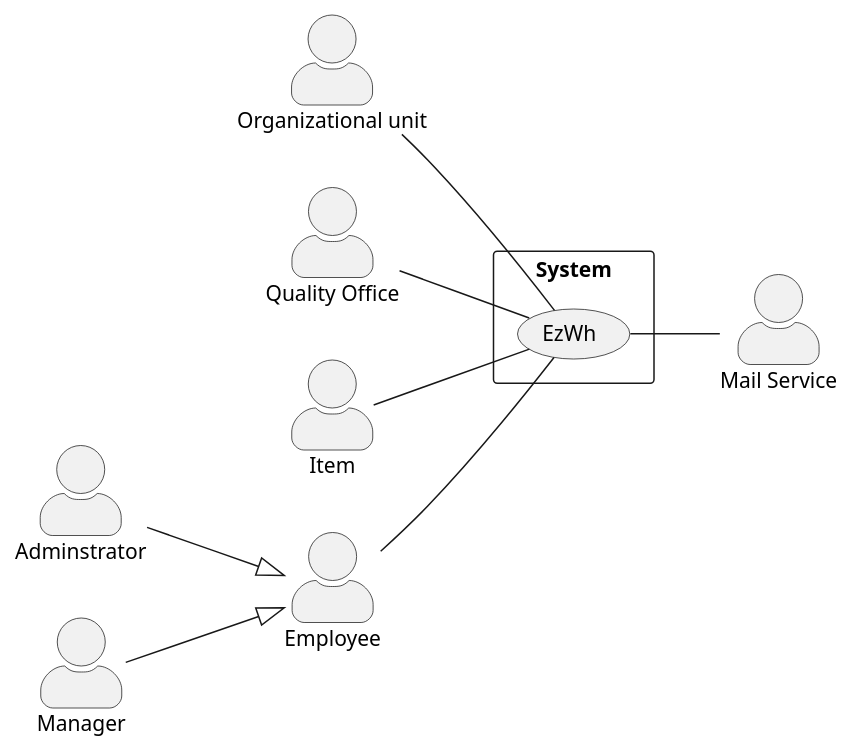
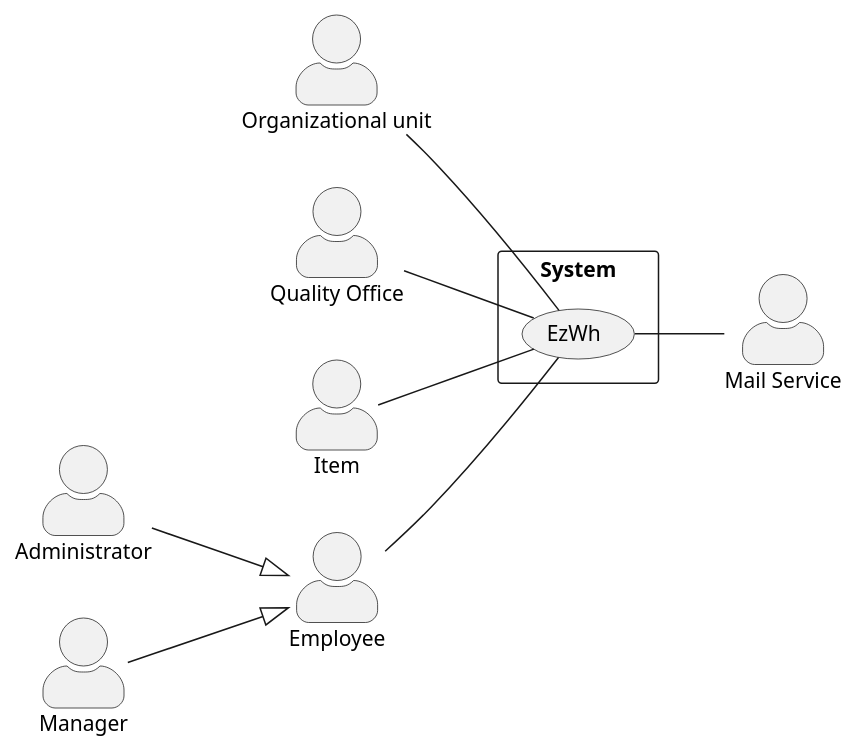
The diagram in RequirementsDocument.md (giuseppe-dandrea/EzWh), drawn with PlantUML before and after one commit. The commit also changed other lines of this file, not shown here.

````diff
--- a/RequirementsDocument.md
+++ b/RequirementsDocument.md
@@ -74,23 +74,23 @@
 ```plantuml
 left to right direction
 skinparam actorStyle awesome
 
 actor Employee as E
-actor Adminstrator as A
+actor Administrator as A
 actor "Organizational unit" as OU
 actor "Quality Office" as QO
 actor "Mail Service" as W
 actor Item as I
 actor Manager as M
 
 rectangle System{
 (EzWh) as EzWH
 }
 E -- EzWH
 A --|> E
 M --|> E
 QO -- EzWH
 OU -- EzWH
 I -- EzWH
 EzWH -- W
 ```
````
